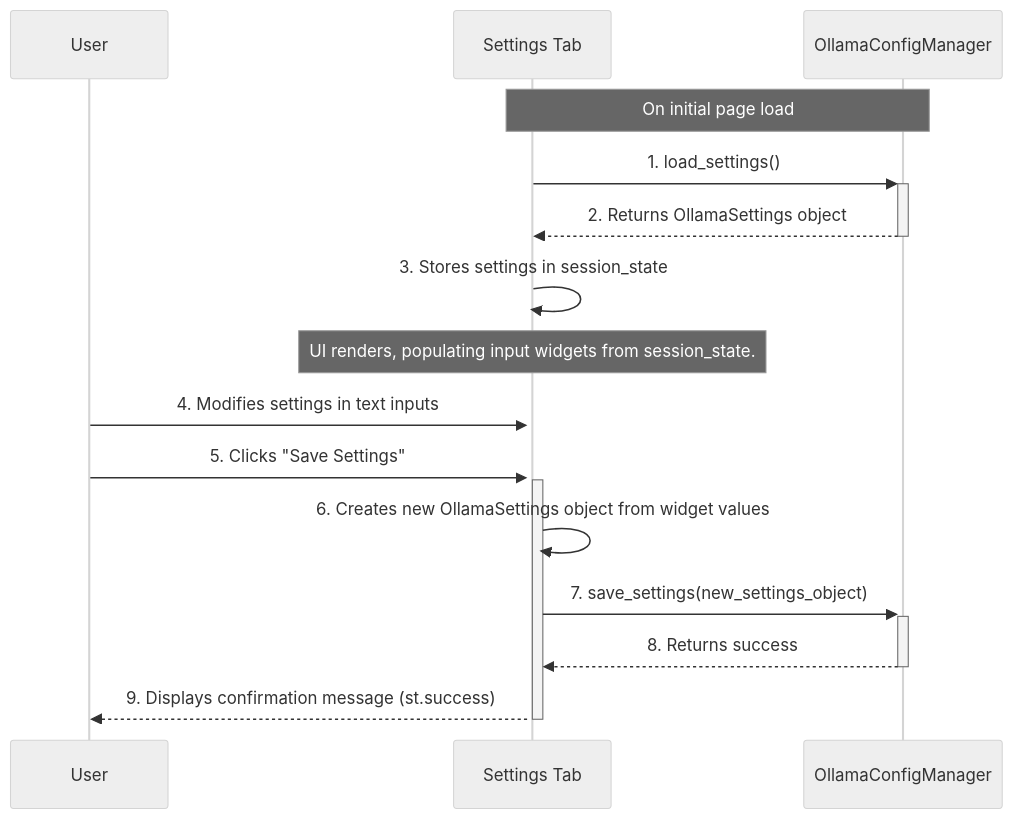
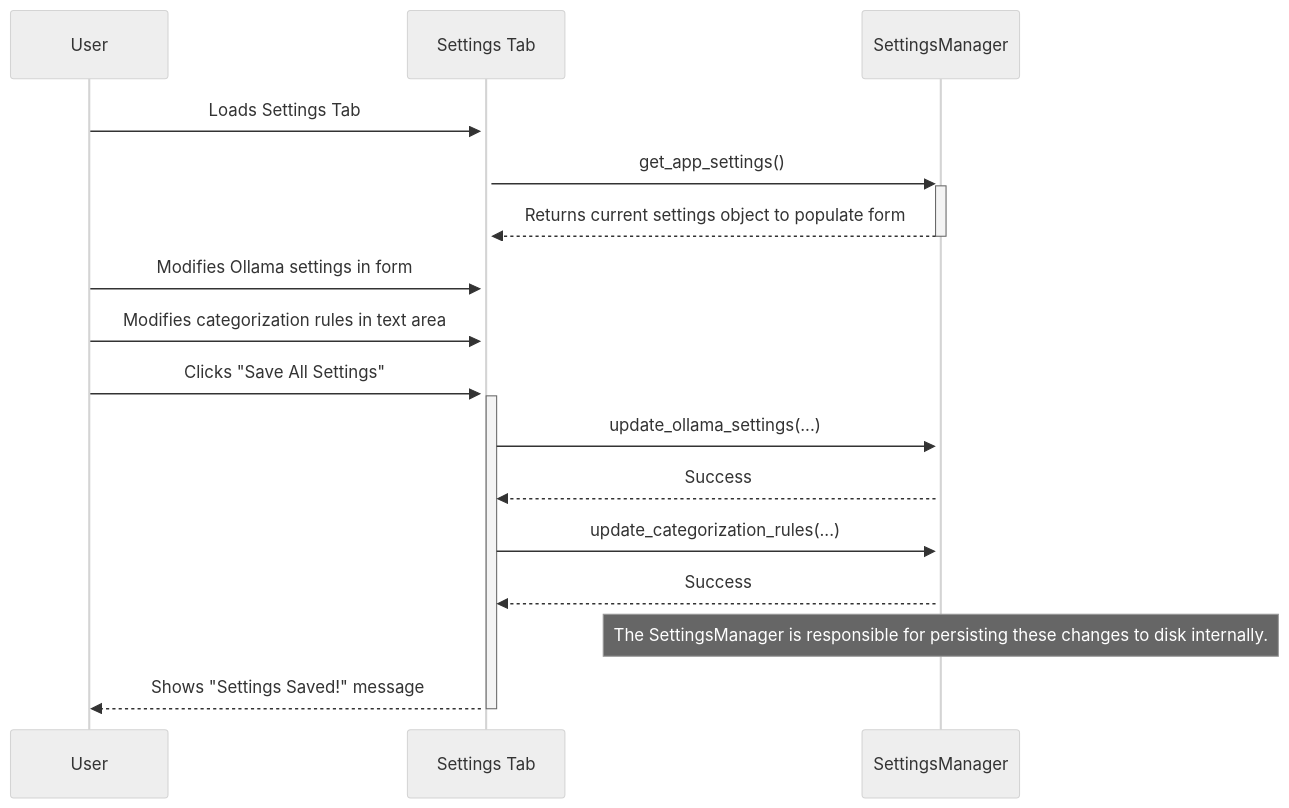
One commit to kumarrishav14/expense-tracker changed the diagram in planning/frontend/settings_tab_arch.md. Above: the diagram before and after it, drawn with Mermaid (neutral theme). The commit also changed other lines of this file and 2 other files, not shown here.

Commit message:
feat(core): Implement centralized SettingsManager

````diff
--- a/planning/frontend/settings_tab_arch.md
+++ b/planning/frontend/settings_tab_arch.md
@@ -38,21 +57,24 @@
 ```mermaid
 sequenceDiagram
     participant User
     participant UI as Settings Tab
-    participant ConfigManager as OllamaConfigManager
+    participant SM as SettingsManager
 
-    Note over UI, ConfigManager: On initial page load
-    UI->>+ConfigManager: 1. load_settings()
-    ConfigManager-->>-UI: 2. Returns OllamaSettings object
-    UI->>UI: 3. Stores settings in session_state
-    Note over UI: UI renders, populating input widgets from session_state.
+    User->>+UI: Loads Settings Tab
+    UI->>+SM: get_app_settings()
+    SM-->>-UI: Returns current settings object to populate form
 
-    User->>+UI: 4. Modifies settings in text inputs
-    User->>+UI: 5. Clicks "Save Settings"
+    User->>UI: Modifies Ollama settings in form
+    User->>UI: Modifies categorization rules in text area
+    User->>+UI: Clicks "Save All Settings"
 
-    UI->>UI: 6. Creates new OllamaSettings object from widget values
-    UI->>+ConfigManager: 7. save_settings(new_settings_object)
-    ConfigManager-->>-UI: 8. Returns success
+    UI->>+SM: update_ollama_settings(...)
+    SM-->>UI: Success
 
-    UI-->>-User: 9. Displays confirmation message (st.success)
+    UI->>+SM: update_categorization_rules(...)
+    SM-->>UI: Success
+
+    Note over SM: The SettingsManager is responsible for persisting these changes to disk internally.
+
+    UI-->>-User: Shows "Settings Saved!" message
 ```
````
